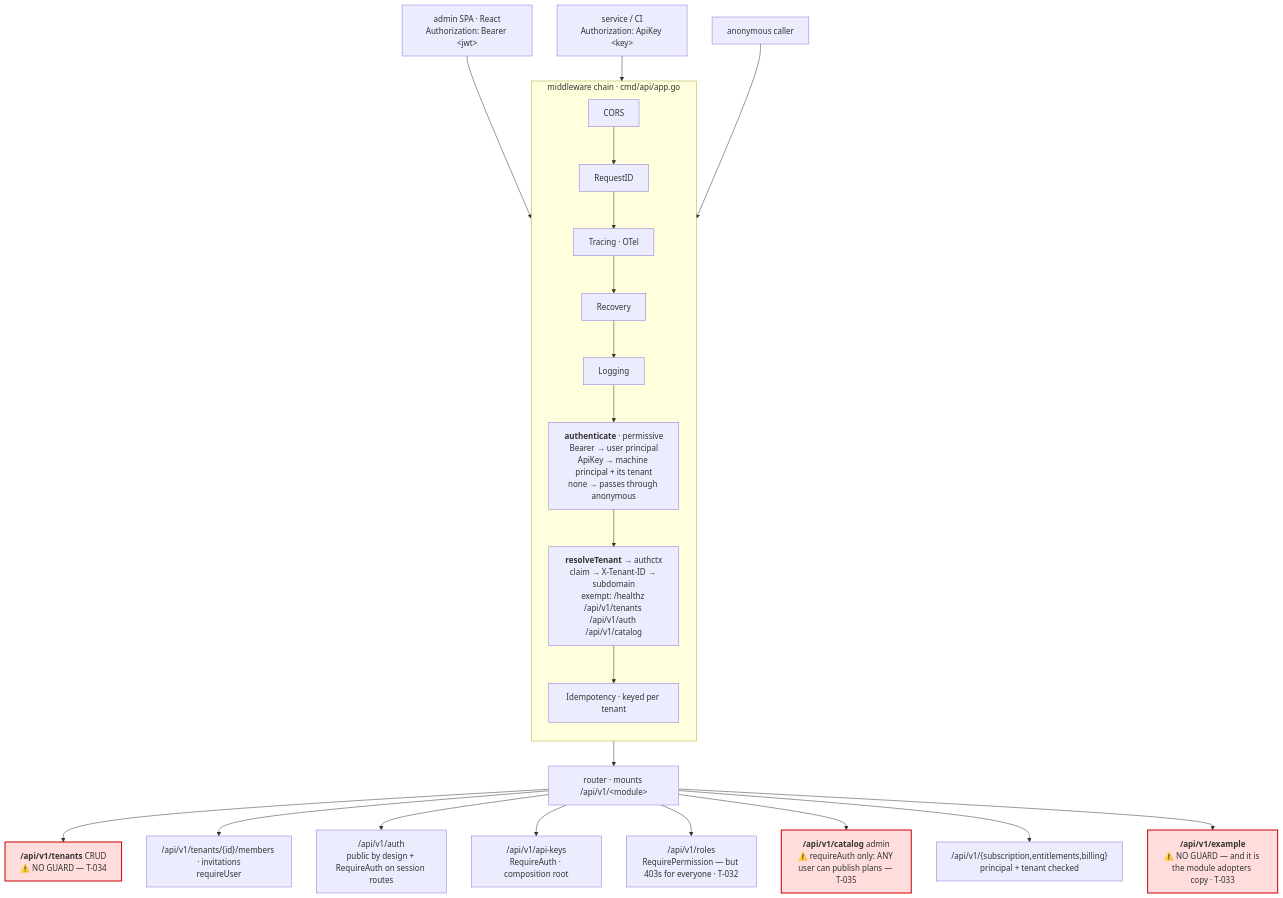
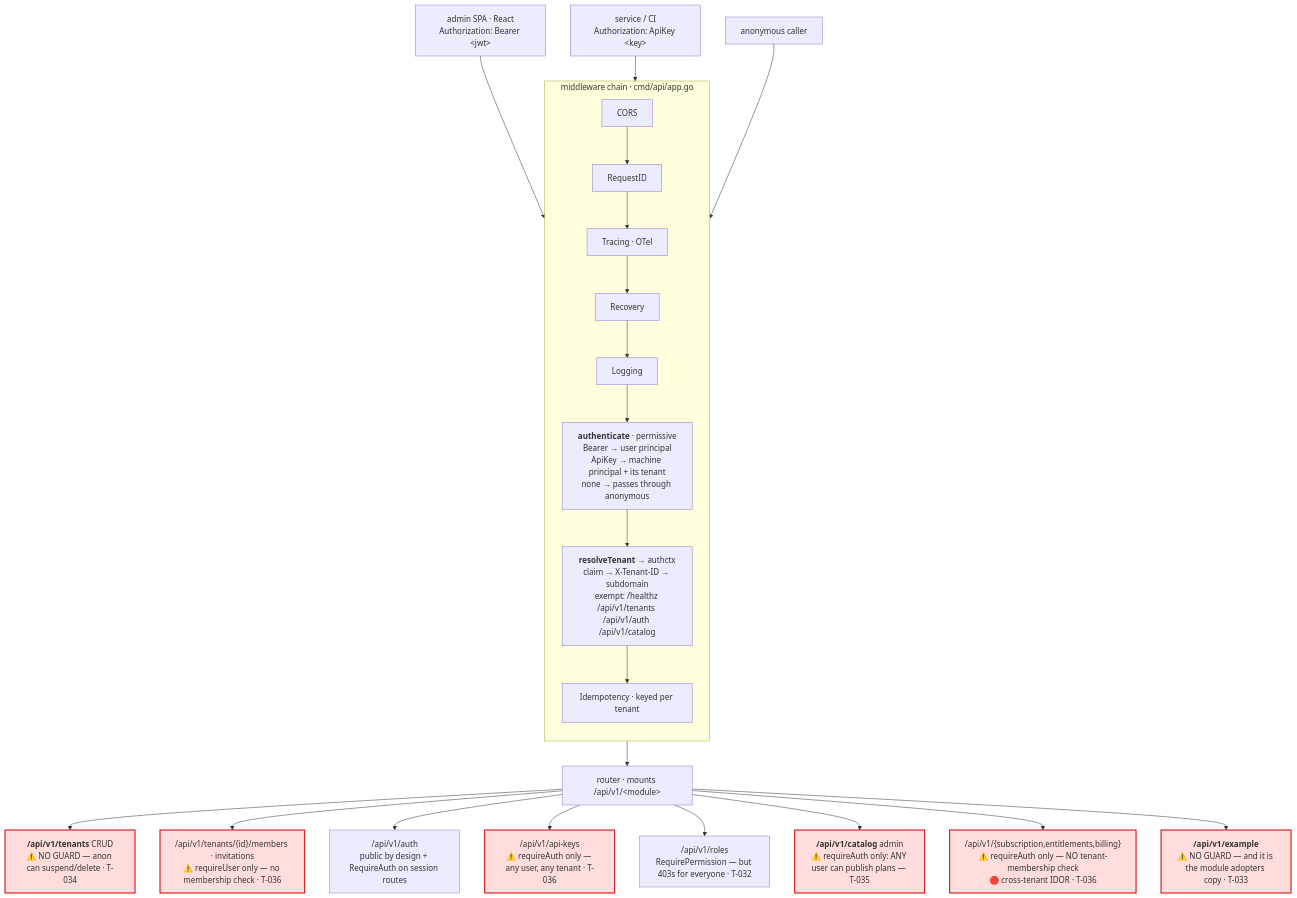
One commit to williamokano/entitlements changed the first of 3 diagrams in docs/PLAN.md. Above: the diagram before and after it, drawn with Mermaid. The commit also changed other lines of this file and 1 other file, not shown here.

First line of the commit message:
docs: correct the audience model — operator-by-default, and file T-036 (tenant-isolation IDOR)

````diff
--- a/docs/PLAN.md
+++ b/docs/PLAN.md
@@ -89,32 +89,32 @@
 ```mermaid
 flowchart TB
     SPA["admin SPA · React<br/>Authorization: Bearer &lt;jwt&gt;"]
     MACHINE["service / CI<br/>Authorization: ApiKey &lt;key&gt;"]
     ANON["anonymous caller"]
 
     SPA --> CHAIN
     MACHINE --> CHAIN
     ANON --> CHAIN
 
     subgraph CHAIN["middleware chain · cmd/api/app.go"]
         direction TB
         C1["CORS"] --> C2["RequestID"] --> C3["Tracing · OTel"] --> C4["Recovery"] --> C5["Logging"]
         C5 --> C6["<b>authenticate</b> · permissive<br/>Bearer → user principal<br/>ApiKey → machine principal + its tenant<br/>none → passes through anonymous"]
         C6 --> C7["<b>resolveTenant</b> → authctx<br/>claim → X-Tenant-ID → subdomain<br/>exempt: /healthz /api/v1/tenants /api/v1/auth /api/v1/catalog"]
         C7 --> C8["Idempotency · keyed per tenant"]
     end
 
     CHAIN --> ROUTER["router · mounts /api/v1/&lt;module&gt;"]
 
-    ROUTER --> S_TENANT["<b>/api/v1/tenants</b> CRUD<br/>⚠️ NO GUARD — T-034"]
-    ROUTER --> S_MEMBER["/api/v1/tenants/{id}/members · invitations<br/>requireUser"]
+    ROUTER --> S_TENANT["<b>/api/v1/tenants</b> CRUD<br/>⚠️ NO GUARD — anon can suspend/delete · T-034"]
+    ROUTER --> S_MEMBER["/api/v1/tenants/{id}/members · invitations<br/>⚠️ requireUser only — no membership check · T-036"]
     ROUTER --> S_AUTH["/api/v1/auth<br/>public by design + RequireAuth on session routes"]
-    ROUTER --> S_KEYS["/api/v1/api-keys<br/>RequireAuth · composition root"]
+    ROUTER --> S_KEYS["/api/v1/api-keys<br/>⚠️ requireAuth only — any user, any tenant · T-036"]
     ROUTER --> S_ROLES["/api/v1/roles<br/>RequirePermission — but 403s for everyone · T-032"]
     ROUTER --> S_CATALOG["<b>/api/v1/catalog</b> admin<br/>⚠️ requireAuth only: ANY user can publish plans — T-035"]
-    ROUTER --> S_TENANTED["/api/v1/{subscription,entitlements,billing}<br/>principal + tenant checked"]
+    ROUTER --> S_TENANTED["/api/v1/{subscription,entitlements,billing}<br/>⚠️ requireAuth only — NO tenant-membership check<br/>🔴 cross-tenant IDOR · T-036"]
     ROUTER --> S_EXAMPLE["<b>/api/v1/example</b><br/>⚠️ NO GUARD — and it is the module adopters copy · T-033"]
 
     classDef gap fill:#fdd,stroke:#c00,stroke-width:2px;
-    class S_TENANT,S_CATALOG,S_EXAMPLE gap;
+    class S_TENANT,S_MEMBER,S_KEYS,S_CATALOG,S_TENANTED,S_EXAMPLE gap;
 ```
````
